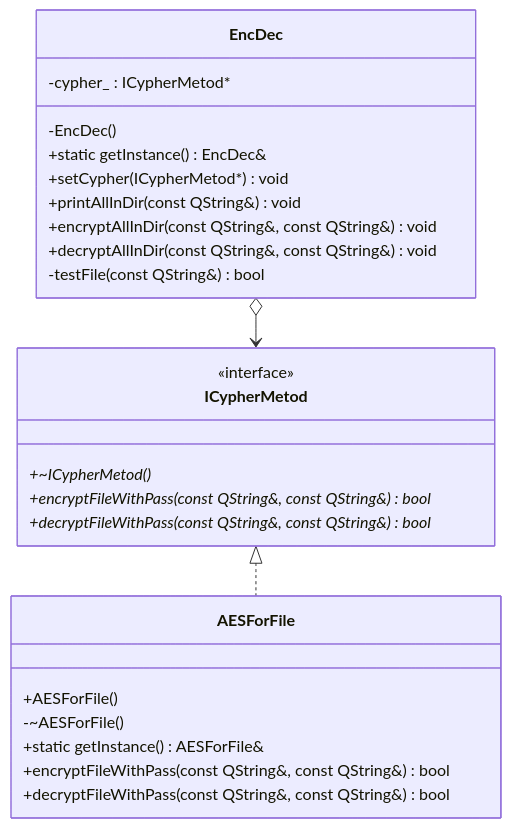
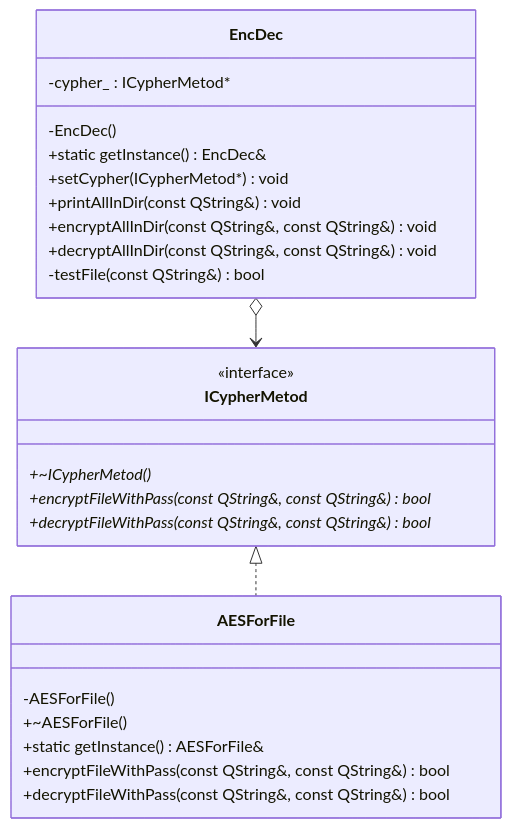
The diagram in README.md (ILoveHumanity/Qt_Lab1), drawn with Mermaid before and after one commit.

````diff
--- a/README.md
+++ b/README.md
@@ -12,30 +12,30 @@
 ```mermaid
 classDiagram
     class ICypherMetod {
         <<interface>>
 	    +~ICypherMetod()*
         +encryptFileWithPass(const QString&, const QString&) bool*
         +decryptFileWithPass(const QString&, const QString&) bool*
     }
     class AESForFile {
-	    +AESForFile()
-	    -~AESForFile()
+	    -AESForFile()
+	    +~AESForFile()
         +static getInstance() AESForFile&
         +encryptFileWithPass(const QString&, const QString&) bool
         +decryptFileWithPass(const QString&, const QString&) bool
     }
 
     class EncDec {
         -cypher_ : ICypherMetod&#42 
         -EncDec()
         +static getInstance() EncDec&
         +setCypher(ICypherMetod*) void
         +printAllInDir(const QString&) void
         +encryptAllInDir(const QString&, const QString&) void
         +decryptAllInDir(const QString&, const QString&) void
 	    -testFile(const QString&) bool
     }
 
     ICypherMetod <|.. AESForFile
     EncDec o--> ICypherMetod
 ```
````
